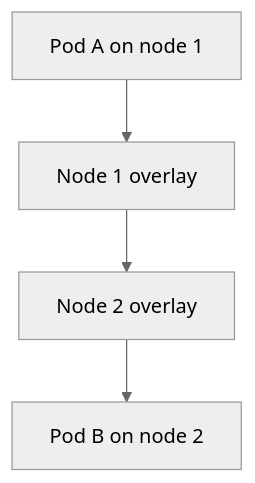
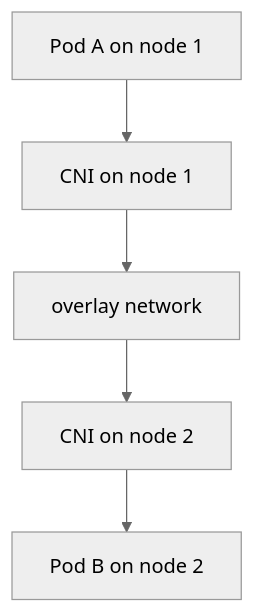
Before and after one commit to VictorRoshchin/Proxmox-k3s-cluster: the first of 2 diagrams in docs/k3s/networking.md, drawn with Mermaid (neutral theme). The commit also changed other lines of this file and 9 other files, not shown here.

````diff
--- a/docs/k3s/networking.md
+++ b/docs/k3s/networking.md
@@ -16,6 +34,7 @@
 ```mermaid
 graph TD
-    P1[Pod A on node 1] --> N1[Node 1 overlay]
-    N1 --> N2[Node 2 overlay]
-    N2 --> P2[Pod B on node 2]
+    P1[Pod A on node 1] --> CNI1[CNI on node 1]
+    CNI1 --> OVERLAY[overlay network]
+    OVERLAY --> CNI2[CNI on node 2]
+    CNI2 --> P2[Pod B on node 2]
 ```
````
